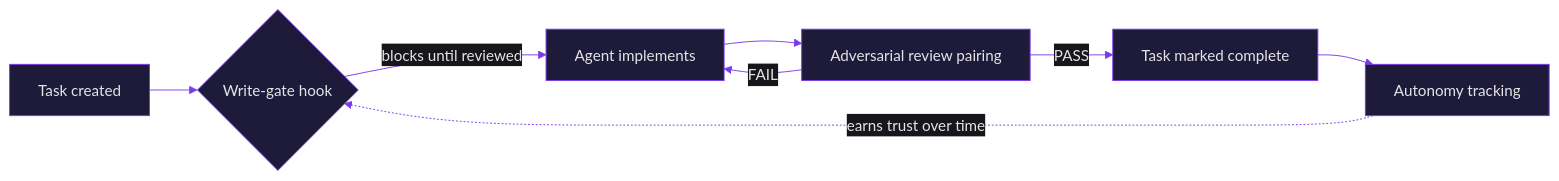
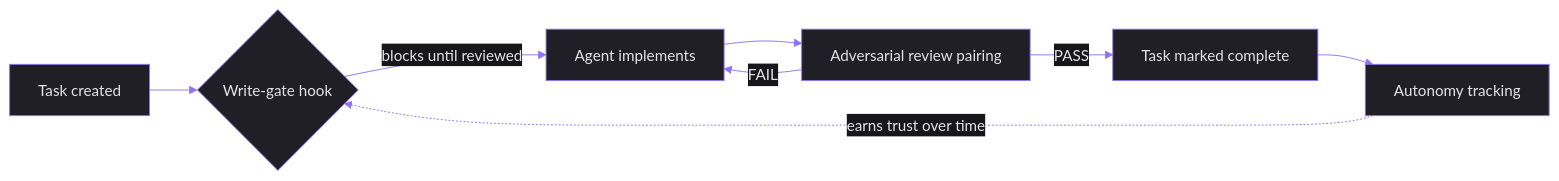
One commit to herakles-dev/herakles-dev changed the diagram in README.md. Above: the diagram before and after it, drawn with Mermaid. The commit also changed other lines of this file and 44 other files, not shown here.

````diff
--- a/README.md
+++ b/README.md
@@ -88,24 +102,24 @@
 ```mermaid
 %%{init: {'theme': 'base', 'themeVariables': {
-  'primaryColor': '#1e1b3a',
+  'primaryColor': '#1f1f25',
   'primaryTextColor': '#e4e4e7',
-  'primaryBorderColor': '#7C3AED',
-  'lineColor': '#7C3AED',
+  'primaryBorderColor': '#8E74F2',
+  'lineColor': '#8E74F2',
   'secondaryColor': '#17171b',
   'tertiaryColor': '#17171b',
   'background': '#17171b',
-  'mainBkg': '#1e1b3a',
-  'nodeBorder': '#7C3AED',
+  'mainBkg': '#1f1f25',
+  'nodeBorder': '#8E74F2',
   'clusterBkg': '#17171b',
   'edgeLabelBackground': '#17171b',
   'fontFamily': 'JetBrains Mono, ui-monospace, monospace'
 }}}%%
 flowchart LR
     T[Task created] --> W{Write-gate hook}
     W -->|blocks until reviewed| I[Agent implements]
     I --> R[Adversarial review pairing]
     R -->|FAIL| I
     R -->|PASS| C[Task marked complete]
     C --> A[Autonomy tracking]
     A -.->|earns trust over time| W
 ```
````
